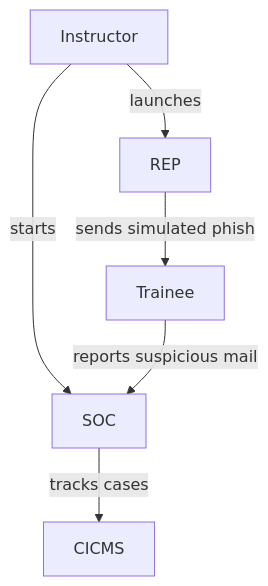
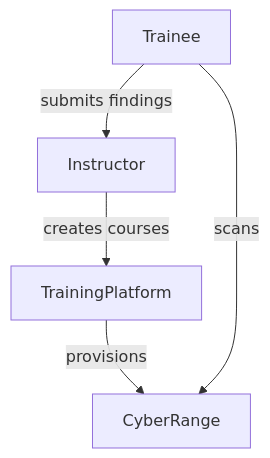
Before and after one commit to jmratwork/techanalysissecmanage-crcz: the diagram in docs/subcase_1b_guide.md, drawn with Mermaid. The commit also changed other lines of this file and 9 other files, not shown here.

````diff
--- a/docs/subcase_1b_guide.md
+++ b/docs/subcase_1b_guide.md
@@ -8,8 +8,7 @@
 ```mermaid
 flowchart TD
-    Instructor -->|launches| REP
-    Instructor -->|starts| SOC
-    REP -->|sends simulated phish| Trainee
-    Trainee -->|reports suspicious mail| SOC
-    SOC -->|tracks cases| CICMS
+    Instructor -->|creates courses| TrainingPlatform
+    TrainingPlatform -->|provisions| CyberRange
+    Trainee -->|scans| CyberRange
+    Trainee -->|submits findings| Instructor
 ```
````
